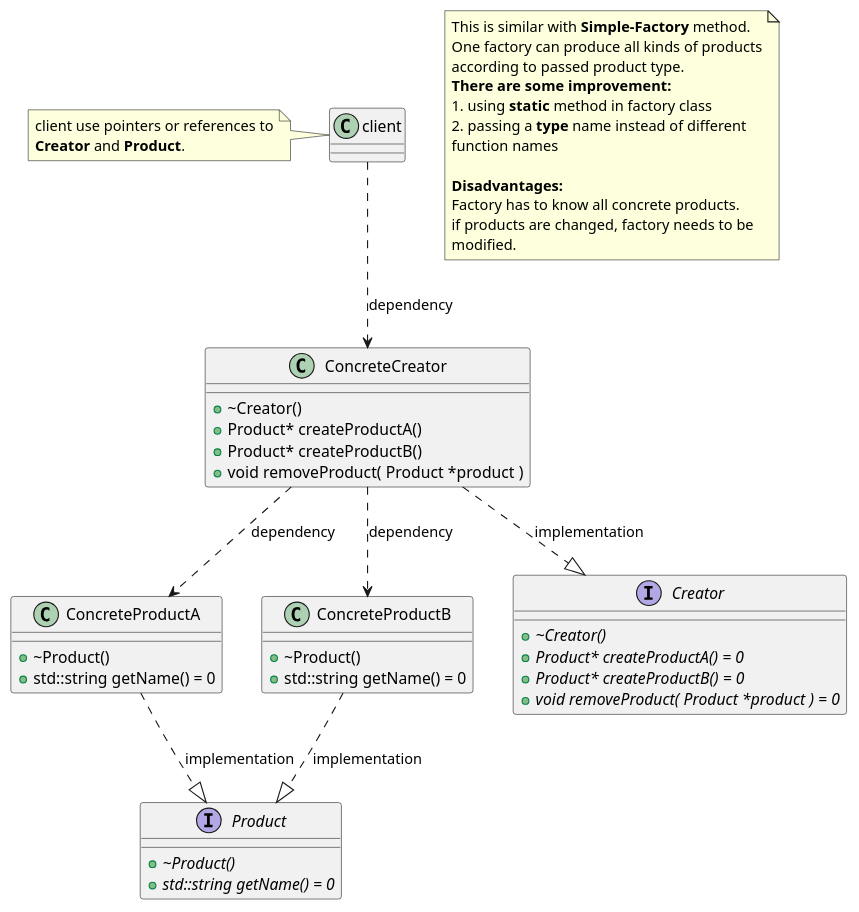
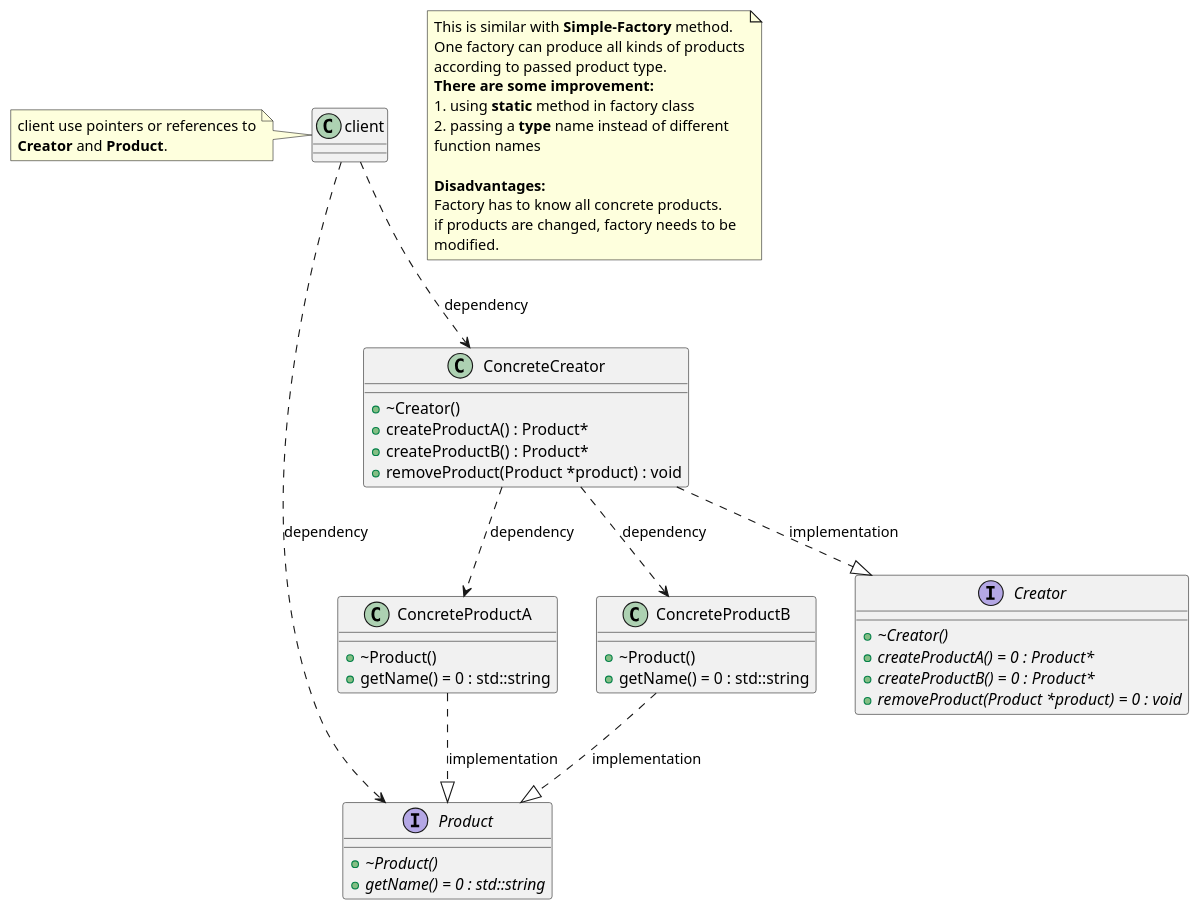
One commit to flyingman1991/design-patterns-cpp changed the diagram in factory-method/FactoryPattern_simple.puml. Above: the diagram before and after it, drawn with PlantUML. The commit also changed 5 other files, not shown here.

```diff
--- a/factory-method/FactoryPattern_simple.puml
+++ b/factory-method/FactoryPattern_simple.puml
@@ -1,59 +1,60 @@
 @startuml FactoryPattern_Simple
 
 interface Product {
     + {abstract} ~Product()
-    + {abstract} std::string getName() = 0
+    + {abstract} getName() = 0 : std::string
 }
 
 class ConcreteProductA {
     + ~Product()
-    + std::string getName() = 0
+    + getName() = 0 : std::string
 }
 
 class ConcreteProductB {
     + ~Product()
-    + std::string getName() = 0
+    + getName() = 0 : std::string
 }
 
 interface Creator {
     + {abstract} ~Creator()
-    + {abstract} Product* createProductA() = 0
-    + {abstract} Product* createProductB() = 0
-    + {abstract} void removeProduct( Product *product ) = 0
+    + {abstract} createProductA() = 0 : Product*
+    + {abstract} createProductB() = 0 : Product*
+    + {abstract} removeProduct(Product *product) = 0 : void
 }
 
 class ConcreteCreator {
     + ~Creator()
-    + Product* createProductA()
-    + Product* createProductB()
-    + void removeProduct( Product *product )
+    + createProductA() : Product*
+    + createProductB() : Product*
+    + removeProduct(Product *product) : void
 }
 
 ConcreteProductA ..|> Product : implementation
 ConcreteProductB ..|> Product : implementation
 ConcreteCreator ..|> Creator : implementation
 ConcreteCreator ..> ConcreteProductA : dependency
 ConcreteCreator ..> ConcreteProductB : dependency
 client ..> ConcreteCreator : dependency
+client ..> Product : dependency
 
 note as N1
     This is similar with <b>Simple-Factory</b> method.
     One factory can produce all kinds of products
     according to passed product type.
     <b>There are some improvement:</b>
     1. using <b>static</b> method in factory class
     2. passing a <b>type</b> name instead of different
     function names
 
     <b>Disadvantages:</b>
     Factory has to know all concrete products.
     if products are changed, factory needs to be
     modified.
 end note
 
 note left of client
     client use pointers or references to
     <b>Creator</b> and <b>Product</b>.
 end note
 
 @enduml
```
